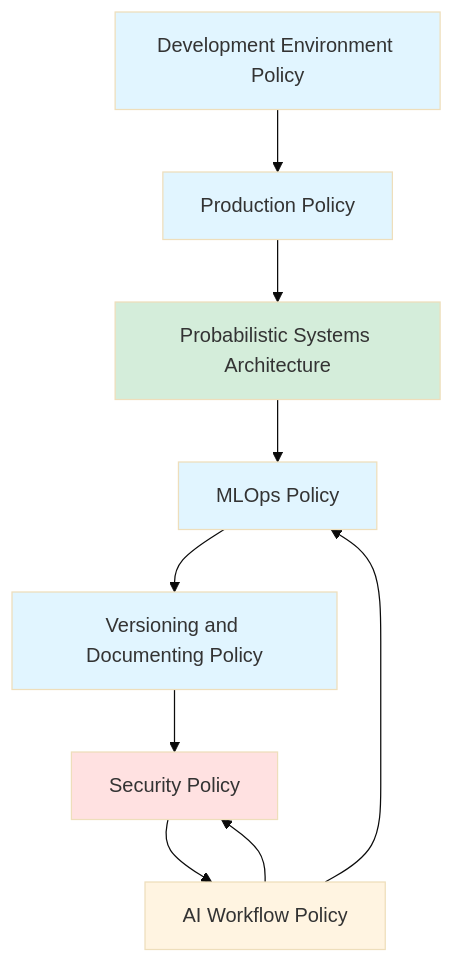
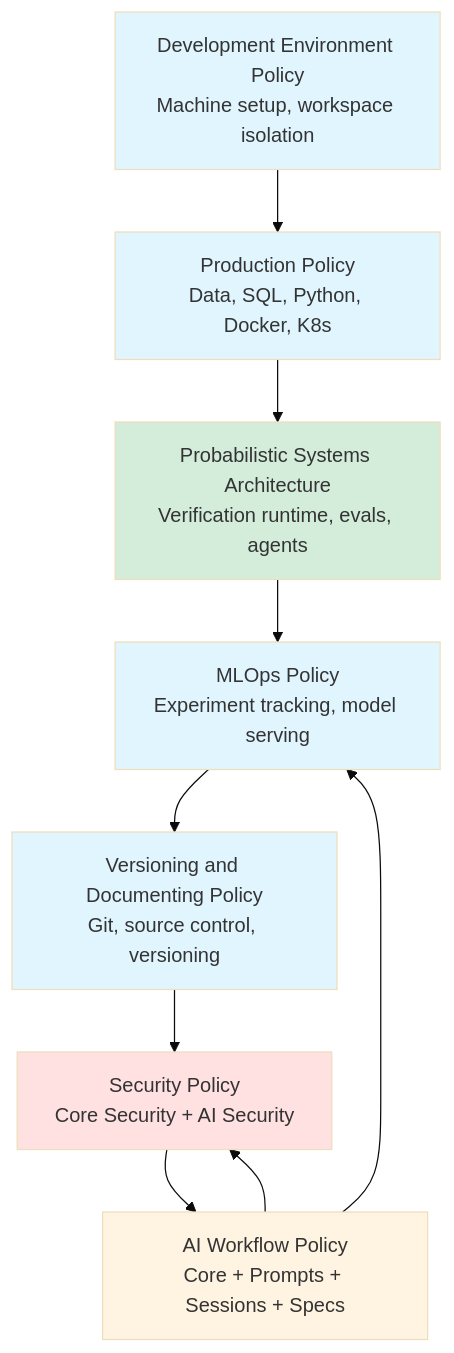
Before and after one commit to alfonsocruzvelasco/engineering-policies: the diagram in README.md, drawn with Mermaid (base theme).

Commit message:
Update Mermaid diagram with concise multi-line labels

````diff
--- a/README.md
+++ b/README.md
@@ -154,19 +154,19 @@
 ```mermaid
 flowchart TD
-    A[Development Environment Policy] --> B[Production Policy]
-    B --> G[Probabilistic Systems Architecture]
-    G --> C[MLOps Policy]
-    C --> D[Versioning and Documenting Policy]
-    D --> E[Security Policy]
-    E --> F[AI Workflow Policy]
+    A["Development Environment Policy<br/>Machine setup, workspace isolation"] --> B["Production Policy<br/>Data, SQL, Python, Docker, K8s"]
+    B --> G["Probabilistic Systems Architecture<br/>Verification runtime, evals, agents"]
+    G --> C["MLOps Policy<br/>Experiment tracking, model serving"]
+    C --> D["Versioning and Documenting Policy<br/>Git, source control, versioning"]
+    D --> E["Security Policy<br/>Core Security + AI Security"]
+    E --> F["AI Workflow Policy<br/>Core + Prompts + Sessions + Specs"]
     F --> C
     F --> E
 
     style A fill:#e1f5ff
     style B fill:#e1f5ff
     style G fill:#d4edda
     style C fill:#e1f5ff
     style D fill:#e1f5ff
     style E fill:#ffe1e1
     style F fill:#fff4e1
 ```
````
